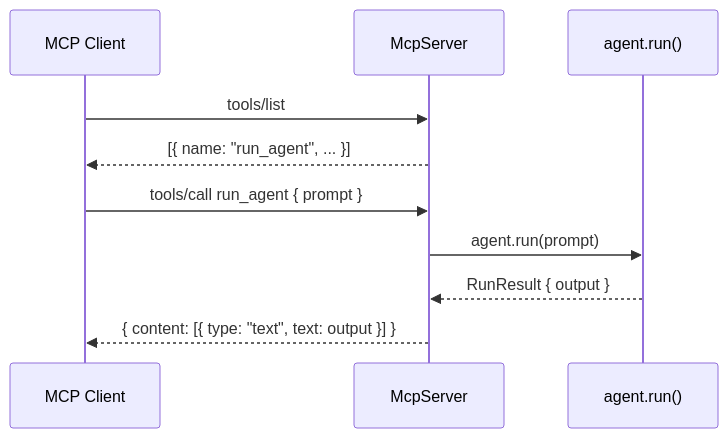
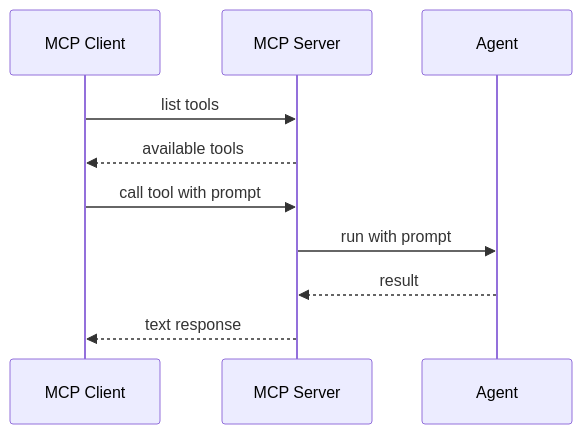
One commit to a7ul/vibes changed the diagram in packages/framework/docs/integrations/mcp-server.mdx. Above: the diagram before and after it, drawn with Mermaid. The commit also changed 26 other files, not shown here.

````diff
--- a/packages/framework/docs/integrations/mcp-server.mdx
+++ b/packages/framework/docs/integrations/mcp-server.mdx
@@ -14,14 +14,14 @@
 ```mermaid
 sequenceDiagram
     participant C as MCP Client
-    participant S as McpServer
-    participant A as agent.run()
+    participant S as MCP Server
+    participant A as Agent
 
-    C->>S: tools/list
-    S-->>C: [{ name: "run_agent", ... }]
+    C->>S: list tools
+    S-->>C: available tools
 
-    C->>S: tools/call run_agent { prompt }
-    S->>A: agent.run(prompt)
-    A-->>S: RunResult { output }
-    S-->>C: { content: [{ type: "text", text: output }] }
+    C->>S: call tool with prompt
+    S->>A: run with prompt
+    A-->>S: result
+    S-->>C: text response
 ```
````
